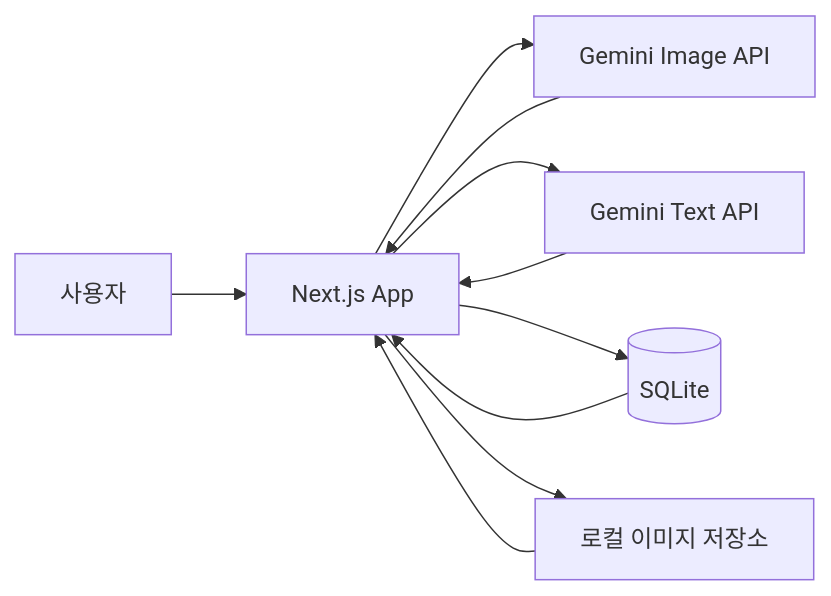
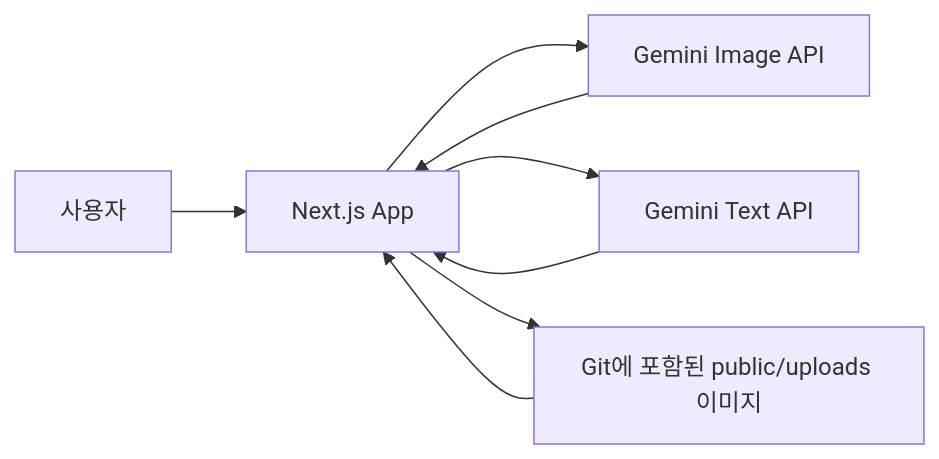
One commit to taek105/AI_outfit_Builder changed the diagram in README.md. Above: the diagram before and after it, drawn with Mermaid. The commit also changed other lines of this file and 38 other files, not shown here.

````diff
--- a/README.md
+++ b/README.md
@@ -31,13 +30,11 @@
 ```mermaid
 flowchart LR
   User[사용자] --> Next[Next.js App]
   Next --> ImageAPI[Gemini Image API]
   Next --> TextAPI[Gemini Text API]
-  Next --> SQLite[(SQLite)]
-  Next --> Uploads[로컬 이미지 저장소]
+  Next --> Uploads[Git에 포함된 public/uploads 이미지]
 
   ImageAPI --> Next
   TextAPI --> Next
-  SQLite --> Next
   Uploads --> Next
 ```
````
